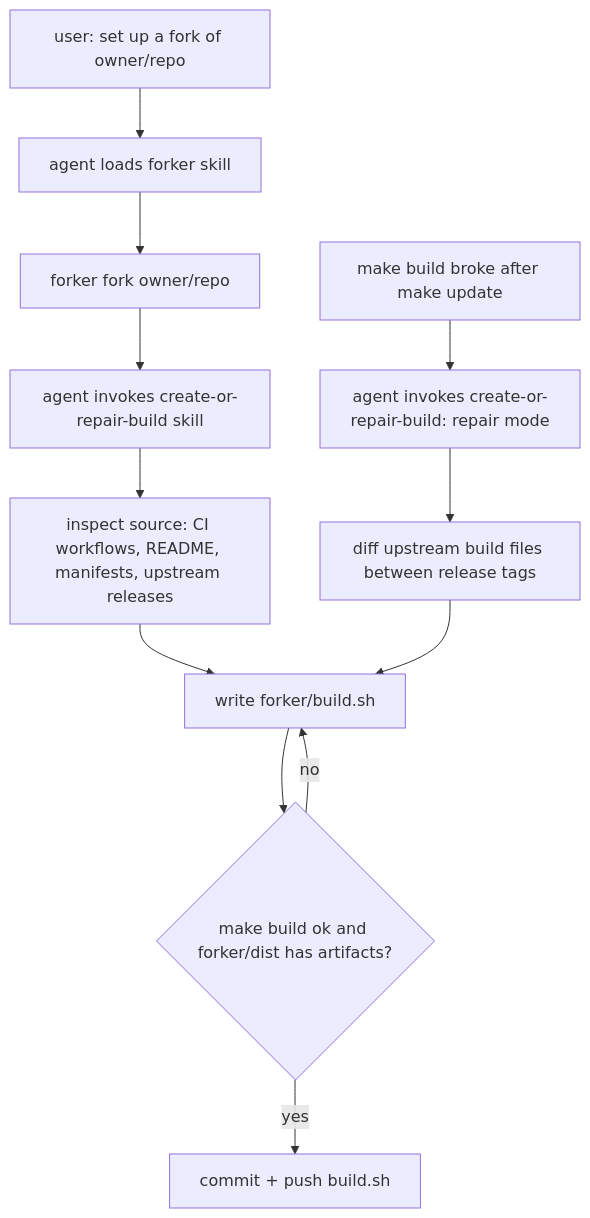
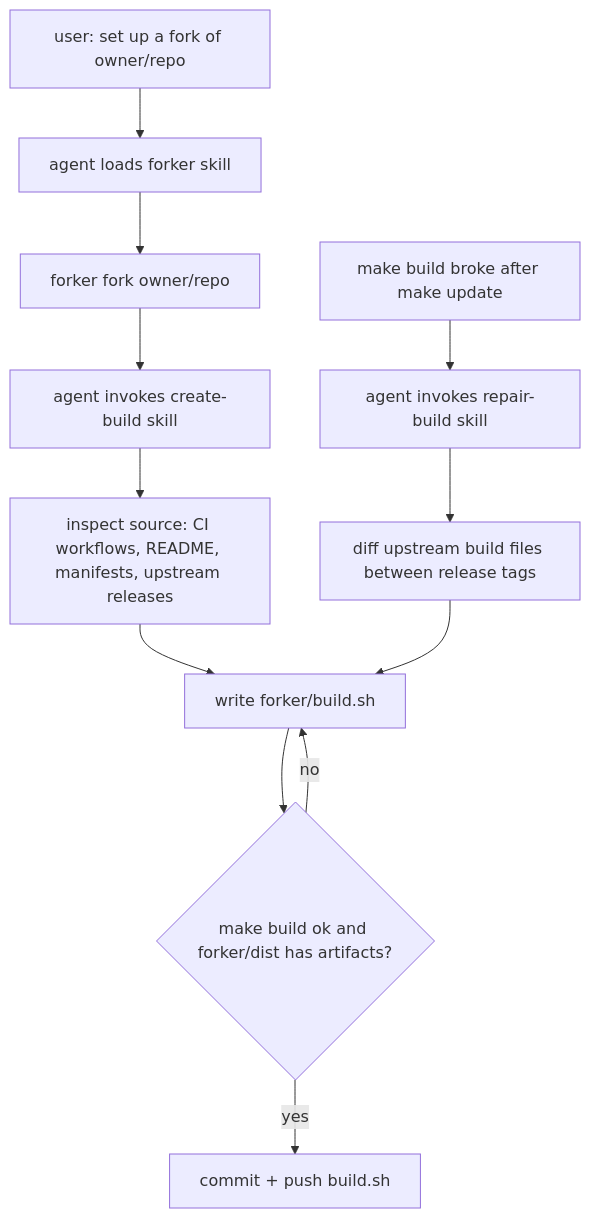
Before and after one commit to mchristoffers/forker: the first of 5 diagrams in docs/logic.md, drawn with Mermaid. The commit also changed other lines of this file and 11 other files, not shown here.

First line of the commit message:
Split create-or-repair-build into create-build and repair-build

````diff
--- a/docs/logic.md
+++ b/docs/logic.md
@@ -10,14 +10,14 @@
 ```mermaid
 flowchart TD
   U[user: set up a fork of owner/repo] --> S[agent loads forker skill]
   S --> F[forker fork owner/repo]
-  F --> CR[agent invokes create-or-repair-build skill]
+  F --> CR[agent invokes create-build skill]
   CR --> I[inspect source: CI workflows, README, manifests, upstream releases]
   I --> W[write forker/build.sh]
   W --> B{make build ok and forker/dist has artifacts?}
   B -- no --> W
   B -- yes --> C[commit + push build.sh]
-  X[make build broke after make update] --> R[agent invokes create-or-repair-build: repair mode]
+  X[make build broke after make update] --> R[agent invokes repair-build skill]
   R --> D[diff upstream build files between release tags]
   D --> W
 ```
````
